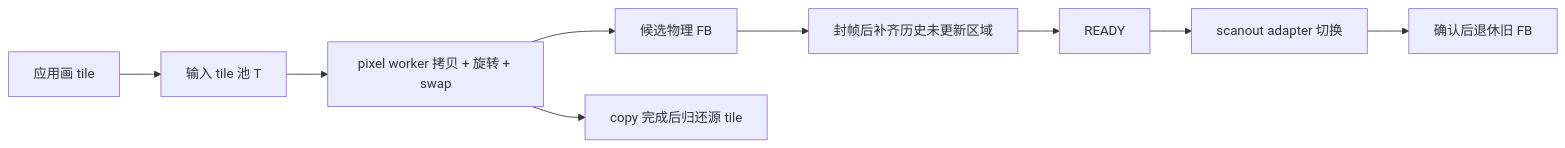
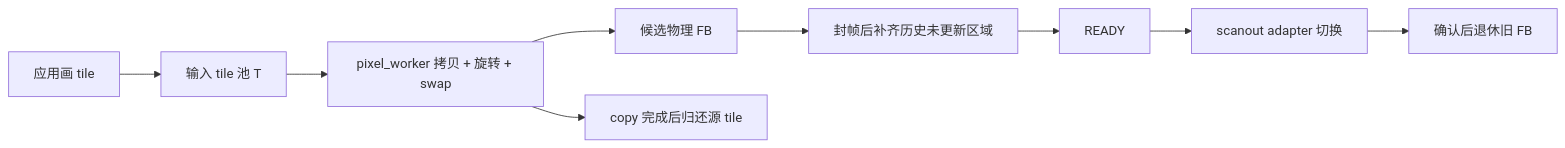
One commit to espressif2022/esp-iot-solution changed the third of 7 diagrams in components/display/tools/esp_display_present/docs/MODE_BUFFER_TASK_REVIEW.md. Above: the diagram before and after it, drawn with Mermaid. The commit also changed other lines of this file and 65 other files, not shown here.

````diff
--- a/components/display/tools/esp_display_present/docs/MODE_BUFFER_TASK_REVIEW.md
+++ b/components/display/tools/esp_display_present/docs/MODE_BUFFER_TASK_REVIEW.md
@@ -202,11 +202,11 @@
 ```mermaid
 flowchart LR
     APP[应用画 tile] --> TILE[输入 tile 池 T]
-    TILE --> COPY[pixel worker 拷贝 + 旋转 + swap]
+    TILE --> COPY[pixel_worker 拷贝 + 旋转 + swap]
     COPY --> FB[候选物理 FB]
     COPY --> RELEASE[copy 完成后归还源 tile]
     FB --> REPAIR[封帧后补齐历史未更新区域]
     REPAIR --> READY[READY]
     READY --> SCAN[scanout adapter 切换]
     SCAN --> RETIRE[确认后退休旧 FB]
 ```
````
